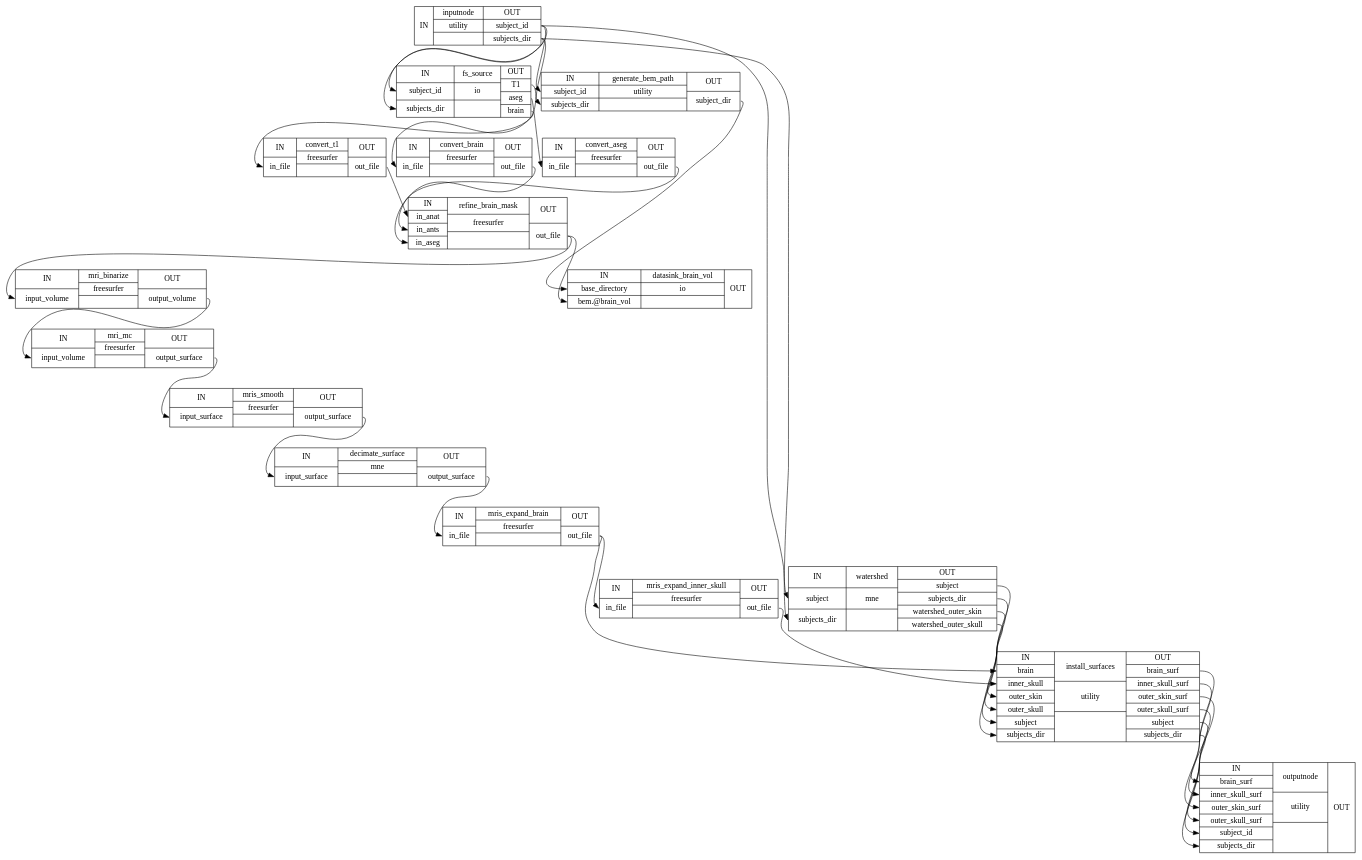
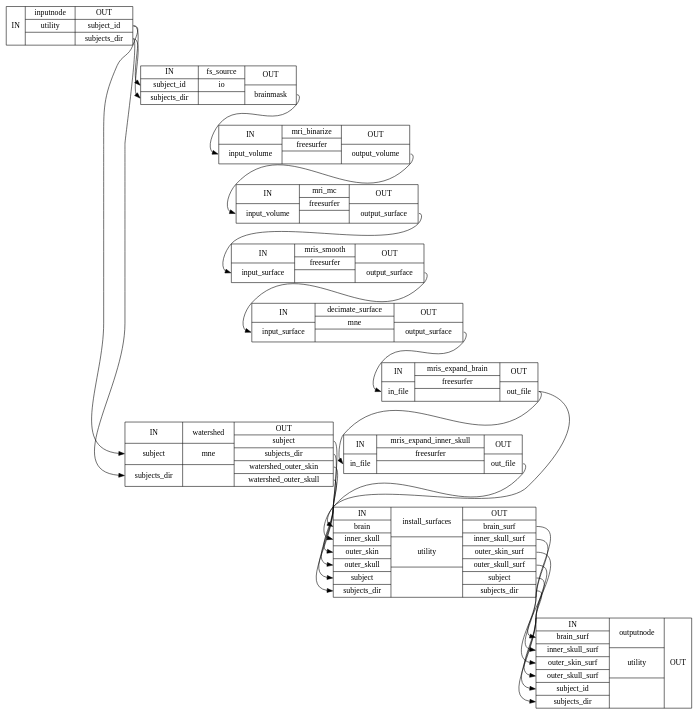
One commit to vferat/meeg-pipelines changed the diagram in pr-preview/pr-9/wf_directive/api/refined_bem_workflow/meegpype-workflows-anat-bem-2_detailed.dot. Above: the diagram before and after it, drawn with Graphviz. The commit also changed 54 other files, not shown here.

```diff
--- a/pr-preview/pr-9/wf_directive/api/refined_bem_workflow/meegpype-workflows-anat-bem-2_detailed.dot
+++ b/pr-preview/pr-9/wf_directive/api/refined_bem_workflow/meegpype-workflows-anat-bem-2_detailed.dot
@@ -1,52 +1,36 @@
 digraph structs {
 node [shape=record];
 refined_bem_workflowinputnode [label="{IN}|{ inputnode | utility |  }|{OUT|<outsubjectid> subject_id|<outsubjectsdir> subjects_dir}"];
-refined_bem_workflowfs_source [label="{IN|<insubjectid> subject_id|<insubjectsdir> subjects_dir}|{ fs_source | io |  }|{OUT|<outT1> T1|<outaseg> aseg|<outbrain> brain}"];
 refined_bem_workflowwatershed [label="{IN|<insubject> subject|<insubjectsdir> subjects_dir}|{ watershed | mne |  }|{OUT|<outsubject> subject|<outsubjectsdir> subjects_dir|<outwatershedouterskin> watershed_outer_skin|<outwatershedouterskull> watershed_outer_skull}"];
-refined_bem_workflowgenerate_bem_path [label="{IN|<insubjectid> subject_id|<insubjectsdir> subjects_dir}|{ generate_bem_path | utility |  }|{OUT|<outsubjectdir> subject_dir}"];
-refined_bem_workflowconvert_aseg [label="{IN|<ininfile> in_file}|{ convert_aseg | freesurfer |  }|{OUT|<outoutfile> out_file}"];
-refined_bem_workflowconvert_t1 [label="{IN|<ininfile> in_file}|{ convert_t1 | freesurfer |  }|{OUT|<outoutfile> out_file}"];
-refined_bem_workflowconvert_brain [label="{IN|<ininfile> in_file}|{ convert_brain | freesurfer |  }|{OUT|<outoutfile> out_file}"];
-refined_bem_workflowrefine_brain_mask [label="{IN|<ininanat> in_anat|<ininants> in_ants|<ininaseg> in_aseg}|{ refine_brain_mask | freesurfer |  }|{OUT|<outoutfile> out_file}"];
+refined_bem_workflowfs_source [label="{IN|<insubjectid> subject_id|<insubjectsdir> subjects_dir}|{ fs_source | io |  }|{OUT|<outbrainmask> brainmask}"];
 refined_bem_workflowmri_binarize [label="{IN|<ininputvolume> input_volume}|{ mri_binarize | freesurfer |  }|{OUT|<outoutputvolume> output_volume}"];
-refined_bem_workflowdatasink_brain_vol [label="{IN|<inbasedirectory> base_directory|<inbembrainvol> bem.@brain_vol}|{ datasink_brain_vol | io |  }|{OUT}"];
 refined_bem_workflowmri_mc [label="{IN|<ininputvolume> input_volume}|{ mri_mc | freesurfer |  }|{OUT|<outoutputsurface> output_surface}"];
 refined_bem_workflowmris_smooth [label="{IN|<ininputsurface> input_surface}|{ mris_smooth | freesurfer |  }|{OUT|<outoutputsurface> output_surface}"];
 refined_bem_workflowdecimate_surface [label="{IN|<ininputsurface> input_surface}|{ decimate_surface | mne |  }|{OUT|<outoutputsurface> output_surface}"];
 refined_bem_workflowmris_expand_brain [label="{IN|<ininfile> in_file}|{ mris_expand_brain | freesurfer |  }|{OUT|<outoutfile> out_file}"];
 refined_bem_workflowmris_expand_inner_skull [label="{IN|<ininfile> in_file}|{ mris_expand_inner_skull | freesurfer |  }|{OUT|<outoutfile> out_file}"];
 refined_bem_workflowinstall_surfaces [label="{IN|<inbrain> brain|<ininnerskull> inner_skull|<inouterskin> outer_skin|<inouterskull> outer_skull|<insubject> subject|<insubjectsdir> subjects_dir}|{ install_surfaces | utility |  }|{OUT|<outbrainsurf> brain_surf|<outinnerskullsurf> inner_skull_surf|<outouterskinsurf> outer_skin_surf|<outouterskullsurf> outer_skull_surf|<outsubject> subject|<outsubjectsdir> subjects_dir}"];
 refined_bem_workflowoutputnode [label="{IN|<inbrainsurf> brain_surf|<ininnerskullsurf> inner_skull_surf|<inouterskinsurf> outer_skin_surf|<inouterskullsurf> outer_skull_surf|<insubjectid> subject_id|<insubjectsdir> subjects_dir}|{ outputnode | utility |  }|{OUT}"];
-refined_bem_workflowconvert_aseg:outoutfile:e -> refined_bem_workflowrefine_brain_mask:ininaseg:w;
-refined_bem_workflowconvert_brain:outoutfile:e -> refined_bem_workflowrefine_brain_mask:ininants:w;
-refined_bem_workflowconvert_t1:outoutfile:e -> refined_bem_workflowrefine_brain_mask:ininanat:w;
 refined_bem_workflowdecimate_surface:outoutputsurface:e -> refined_bem_workflowmris_expand_brain:ininfile:w;
-refined_bem_workflowfs_source:outT1:e -> refined_bem_workflowconvert_t1:ininfile:w;
-refined_bem_workflowfs_source:outaseg:e -> refined_bem_workflowconvert_aseg:ininfile:w;
-refined_bem_workflowfs_source:outbrain:e -> refined_bem_workflowconvert_brain:ininfile:w;
-refined_bem_workflowgenerate_bem_path:outsubjectdir:e -> refined_bem_workflowdatasink_brain_vol:inbasedirectory:w;
+refined_bem_workflowfs_source:outbrainmask:e -> refined_bem_workflowmri_binarize:ininputvolume:w;
 refined_bem_workflowinputnode:outsubjectid:e -> refined_bem_workflowfs_source:insubjectid:w;
-refined_bem_workflowinputnode:outsubjectid:e -> refined_bem_workflowgenerate_bem_path:insubjectid:w;
 refined_bem_workflowinputnode:outsubjectid:e -> refined_bem_workflowwatershed:insubject:w;
 refined_bem_workflowinputnode:outsubjectsdir:e -> refined_bem_workflowfs_source:insubjectsdir:w;
-refined_bem_workflowinputnode:outsubjectsdir:e -> refined_bem_workflowgenerate_bem_path:insubjectsdir:w;
 refined_bem_workflowinputnode:outsubjectsdir:e -> refined_bem_workflowwatershed:insubjectsdir:w;
 refined_bem_workflowinstall_surfaces:outbrainsurf:e -> refined_bem_workflowoutputnode:inbrainsurf:w;
 refined_bem_workflowinstall_surfaces:outinnerskullsurf:e -> refined_bem_workflowoutputnode:ininnerskullsurf:w;
 refined_bem_workflowinstall_surfaces:outouterskinsurf:e -> refined_bem_workflowoutputnode:inouterskinsurf:w;
 refined_bem_workflowinstall_surfaces:outouterskullsurf:e -> refined_bem_workflowoutputnode:inouterskullsurf:w;
 refined_bem_workflowinstall_surfaces:outsubject:e -> refined_bem_workflowoutputnode:insubjectid:w;
 refined_bem_workflowinstall_surfaces:outsubjectsdir:e -> refined_bem_workflowoutputnode:insubjectsdir:w;
 refined_bem_workflowmri_binarize:outoutputvolume:e -> refined_bem_workflowmri_mc:ininputvolume:w;
 refined_bem_workflowmri_mc:outoutputsurface:e -> refined_bem_workflowmris_smooth:ininputsurface:w;
 refined_bem_workflowmris_expand_brain:outoutfile:e -> refined_bem_workflowinstall_surfaces:inbrain:w;
 refined_bem_workflowmris_expand_brain:outoutfile:e -> refined_bem_workflowmris_expand_inner_skull:ininfile:w;
 refined_bem_workflowmris_expand_inner_skull:outoutfile:e -> refined_bem_workflowinstall_surfaces:ininnerskull:w;
 refined_bem_workflowmris_smooth:outoutputsurface:e -> refined_bem_workflowdecimate_surface:ininputsurface:w;
-refined_bem_workflowrefine_brain_mask:outoutfile:e -> refined_bem_workflowdatasink_brain_vol:inbembrainvol:w;
-refined_bem_workflowrefine_brain_mask:outoutfile:e -> refined_bem_workflowmri_binarize:ininputvolume:w;
 refined_bem_workflowwatershed:outsubject:e -> refined_bem_workflowinstall_surfaces:insubject:w;
 refined_bem_workflowwatershed:outsubjectsdir:e -> refined_bem_workflowinstall_surfaces:insubjectsdir:w;
 refined_bem_workflowwatershed:outwatershedouterskin:e -> refined_bem_workflowinstall_surfaces:inouterskin:w;
 refined_bem_workflowwatershed:outwatershedouterskull:e -> refined_bem_workflowinstall_surfaces:inouterskull:w;
 }
```
